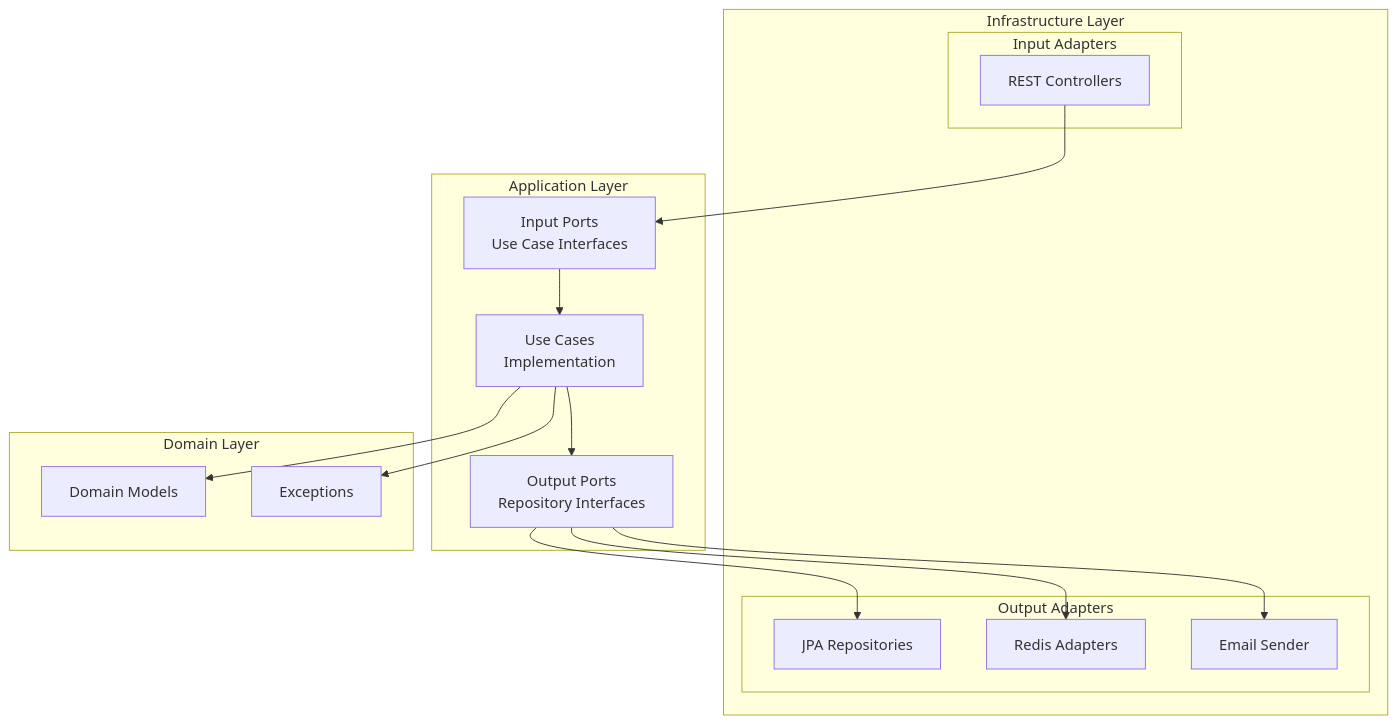
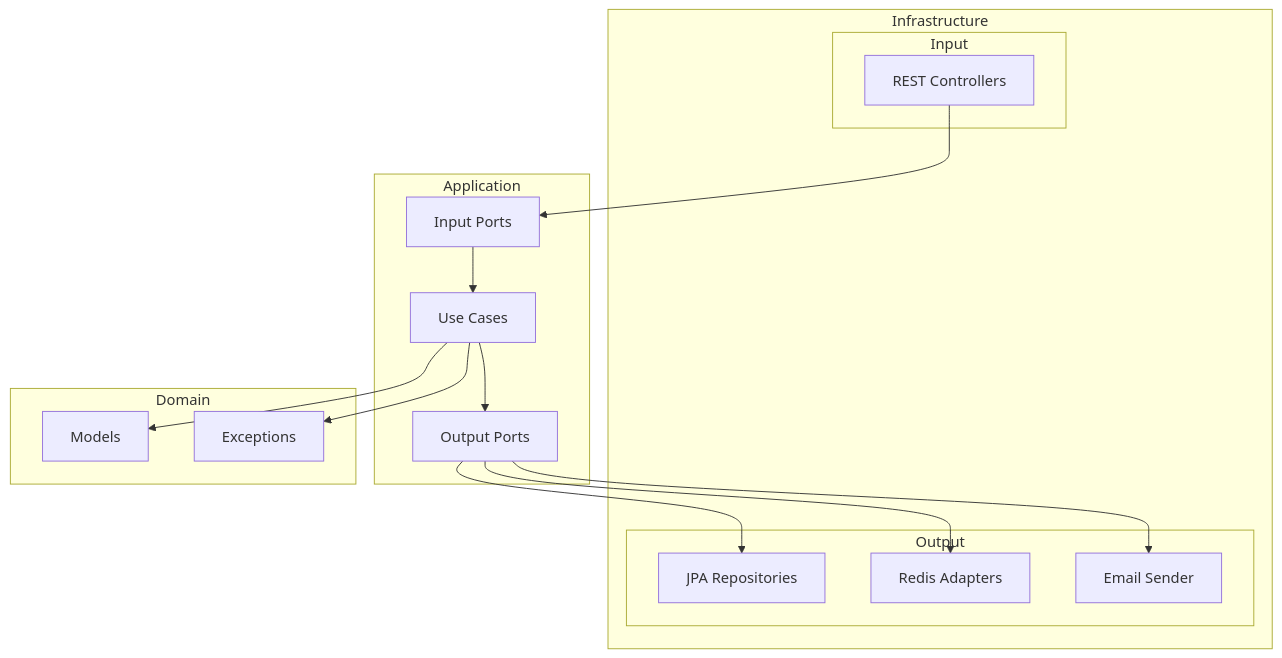
One commit to ivanhernandez-dev/auth-service changed the seventh of 8 diagrams in README.md. Above: the diagram before and after it, drawn with Mermaid. The commit also changed other lines of this file and 1 other file, not shown here.

````diff
--- a/README.md
+++ b/README.md
@@ -382,33 +296,31 @@
 ```mermaid
 graph TB
-    subgraph Infrastructure Layer
-        subgraph Input Adapters
+    subgraph Infrastructure
+        subgraph Input
             RC[REST Controllers]
         end
-        subgraph Output Adapters
+        subgraph Output
             JPA[JPA Repositories]
             REDIS[Redis Adapters]
             EMAIL[Email Sender]
         end
     end
 
-    subgraph Application Layer
-        IP[Input Ports<br/>Use Case Interfaces]
-        UC[Use Cases<br/>Implementation]
-        OP[Output Ports<br/>Repository Interfaces]
+    subgraph Application
+        IP[Input Ports]
+        UC[Use Cases]
+        OP[Output Ports]
     end
 
-    subgraph Domain Layer
-        DM[Domain Models]
+    subgraph Domain
+        DM[Models]
         EX[Exceptions]
     end
 
-    RC --> IP
-    IP --> UC
-    UC --> OP
+    RC --> IP --> UC --> OP
     OP --> JPA
     OP --> REDIS
     OP --> EMAIL
     UC --> DM
     UC --> EX
 ```
````
